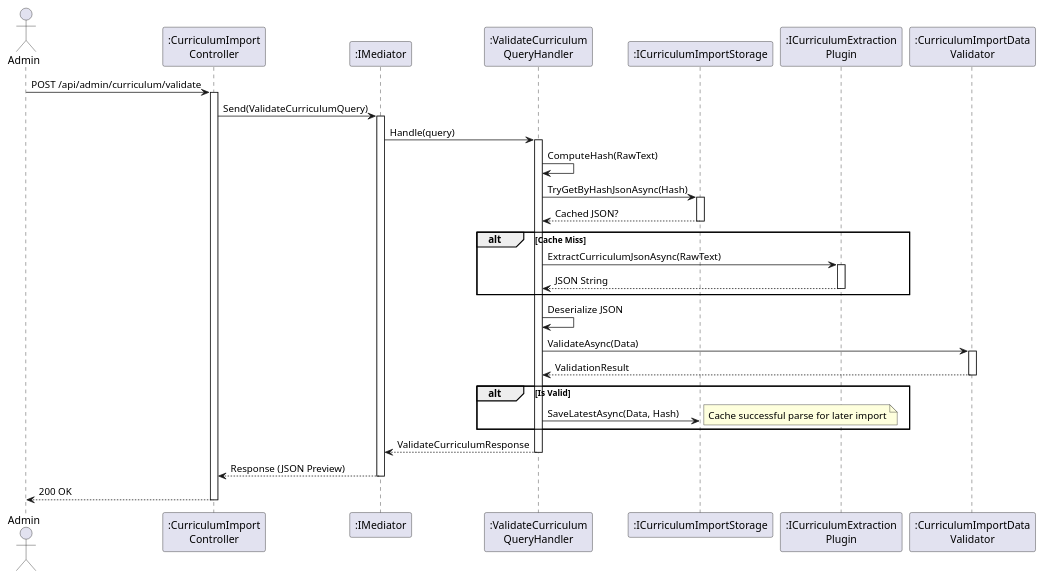
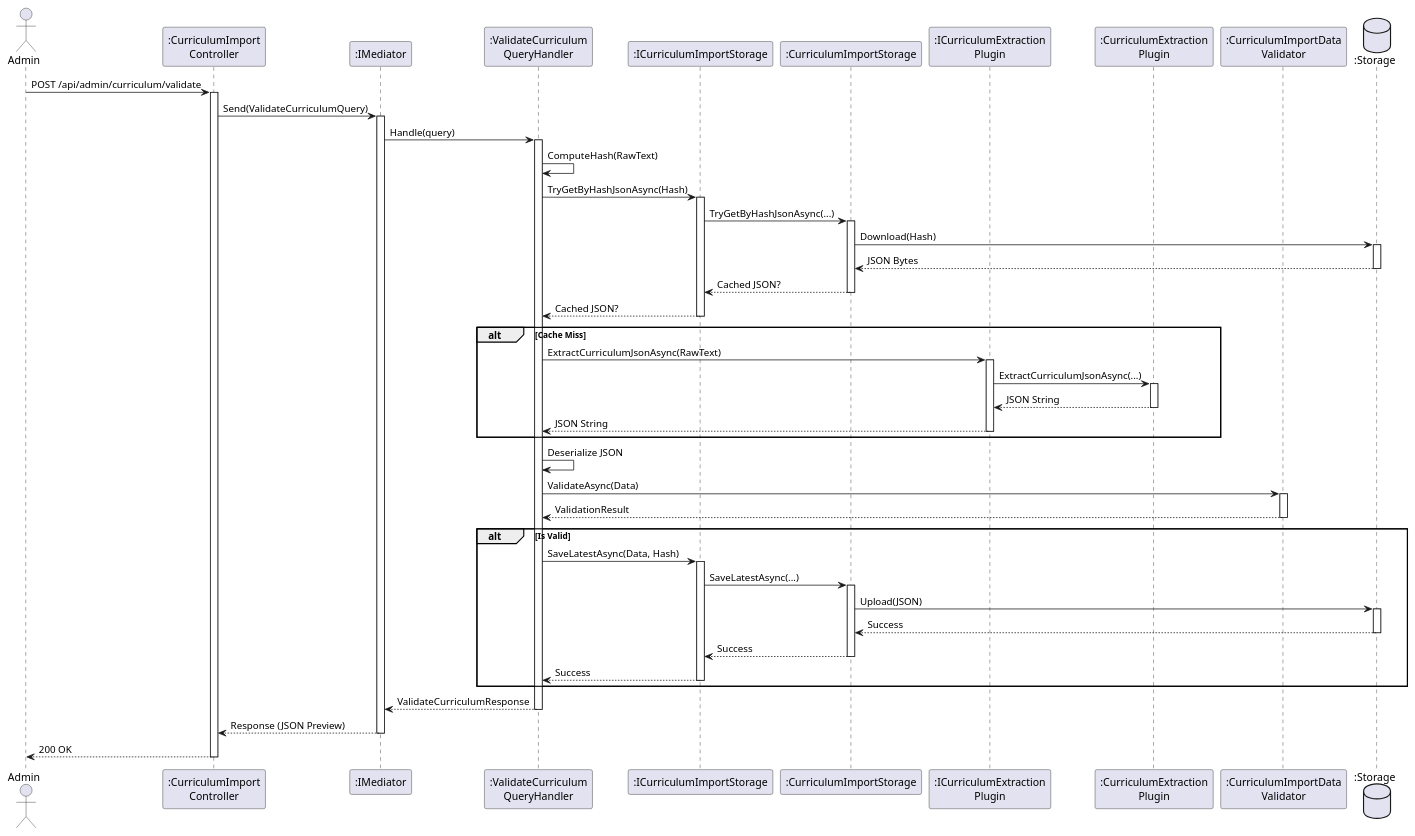
The diagram in docs/srs/diagrams/sequence-diagram/admin-curriculum-program/validate-curriculum-seq.puml (FA25SE050-RogueLearn/RogueLearn.BMAD.Documentation), drawn with PlantUML before and after one commit. The commit also changed 28 other files, not shown here.

Commit message:
feat: add and refix some diagrams to add implementations objects

```diff
--- a/docs/srs/diagrams/sequence-diagram/admin-curriculum-program/validate-curriculum-seq.puml
+++ b/docs/srs/diagrams/sequence-diagram/admin-curriculum-program/validate-curriculum-seq.puml
@@ -1,55 +1,80 @@
 @startuml
 actor Admin
 participant ":CurriculumImport\nController" as Controller
 participant ":IMediator" as Med
 participant ":ValidateCurriculum\nQueryHandler" as Handler
-participant ":ICurriculumImportStorage" as Cache
-participant ":ICurriculumExtraction\nPlugin" as AIPlugin
+participant ":ICurriculumImportStorage" as ICache
+participant ":CurriculumImportStorage" as Cache
+participant ":ICurriculumExtraction\nPlugin" as IPlugin
+participant ":CurriculumExtraction\nPlugin" as Plugin
 participant ":CurriculumImportData\nValidator" as Validator
+database ":Storage" as DB
 
 Admin -> Controller : POST /api/admin/curriculum/validate
 activate Controller
 
 Controller -> Med : Send(ValidateCurriculumQuery)
 activate Med
 
 Med -> Handler : Handle(query)
 activate Handler
 
 ' 1. Check Cache
 Handler -> Handler : ComputeHash(RawText)
-Handler -> Cache : TryGetByHashJsonAsync(Hash)
+Handler -> ICache : TryGetByHashJsonAsync(Hash)
+activate ICache
+ICache -> Cache : TryGetByHashJsonAsync(...)
 activate Cache
-Cache --> Handler : Cached JSON?
+Cache -> DB : Download(Hash)
+activate DB
+DB --> Cache : JSON Bytes
+deactivate DB
+Cache --> ICache : Cached JSON?
 deactivate Cache
+ICache --> Handler : Cached JSON?
+deactivate ICache
 
 alt Cache Miss
     ' 2. AI Extraction
-    Handler -> AIPlugin : ExtractCurriculumJsonAsync(RawText)
-    activate AIPlugin
-    AIPlugin --> Handler : JSON String
-    deactivate AIPlugin
+    Handler -> IPlugin : ExtractCurriculumJsonAsync(RawText)
+    activate IPlugin
+    IPlugin -> Plugin : ExtractCurriculumJsonAsync(...)
+    activate Plugin
+    Plugin --> IPlugin : JSON String
+    deactivate Plugin
+    IPlugin --> Handler : JSON String
+    deactivate IPlugin
 end
 
 ' 3. Parse & Validate
 Handler -> Handler : Deserialize JSON
 Handler -> Validator : ValidateAsync(Data)
 activate Validator
 Validator --> Handler : ValidationResult
 deactivate Validator
 
-' 4. Cache Result
+' 4. Cache Result (if valid)
 alt Is Valid
-    Handler -> Cache : SaveLatestAsync(Data, Hash)
-    note right: Cache successful parse for later import
+    Handler -> ICache : SaveLatestAsync(Data, Hash)
+    activate ICache
+    ICache -> Cache : SaveLatestAsync(...)
+    activate Cache
+    Cache -> DB : Upload(JSON)
+    activate DB
+    DB --> Cache : Success
+    deactivate DB
+    Cache --> ICache : Success
+    deactivate Cache
+    ICache --> Handler : Success
+    deactivate ICache
 end
 
 Handler --> Med : ValidateCurriculumResponse
 deactivate Handler
 
 Med --> Controller : Response (JSON Preview)
 deactivate Med
 
 Controller --> Admin : 200 OK
 deactivate Controller
 @enduml
```
